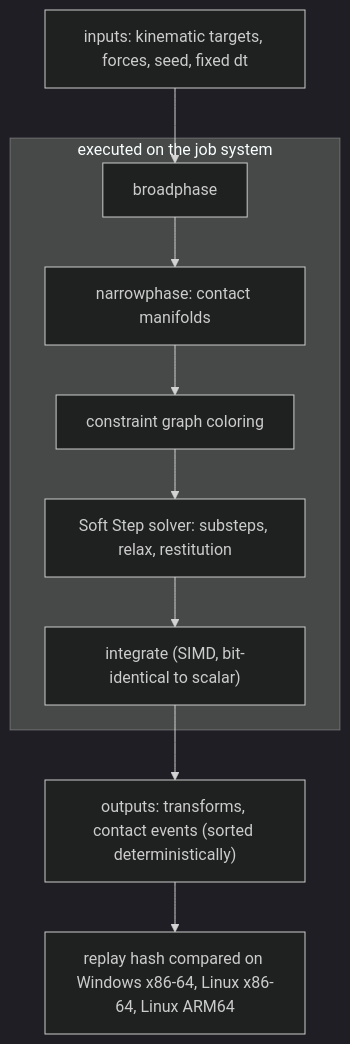
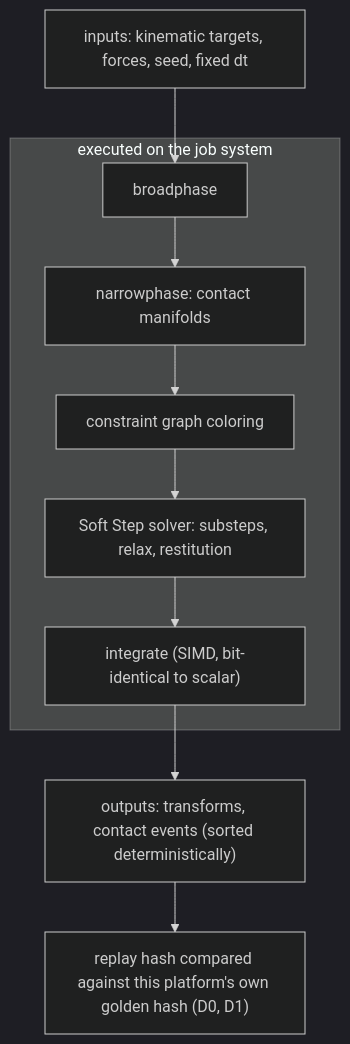
Before and after one commit to giamat90/DuckEngine: the seventh of 11 diagrams in wiki/architecture/diagrams.md, drawn with Mermaid (dark theme). The commit also changed other lines of this file and 13 other files, not shown here.

````diff
--- a/wiki/architecture/diagrams.md
+++ b/wiki/architecture/diagrams.md
@@ -271,17 +271,17 @@
 ```mermaid
 flowchart TB
   In["inputs: kinematic targets, forces, seed, fixed dt"] --> BP["broadphase"]
   BP --> NP["narrowphase: contact manifolds"]
   NP --> GC["constraint graph coloring"]
   GC --> SS["Soft Step solver: substeps, relax, restitution"]
   SS --> Int["integrate (SIMD, bit-identical to scalar)"]
   Int --> Out["outputs: transforms, contact events (sorted deterministically)"]
-  Out --> Hash["replay hash compared on Windows x86-64, Linux x86-64, Linux ARM64"]
+  Out --> Hash["replay hash compared against this platform's own golden hash (D0, D1)"]
   subgraph Jobs["executed on the job system"]
     BP
     NP
     GC
     SS
     Int
   end
 ```
````
